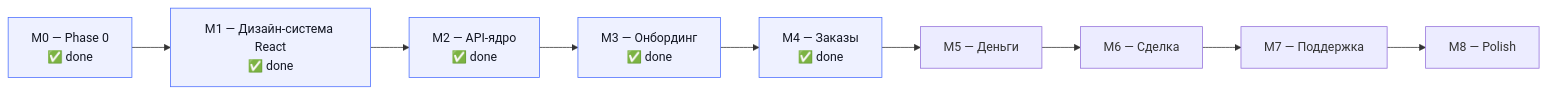
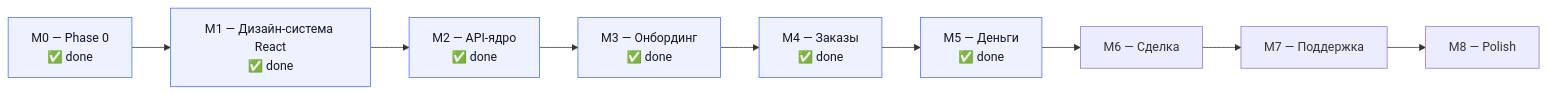
One commit to koishybek/zovu changed the diagram in docs/10-status.md. Above: the diagram before and after it, drawn with Mermaid. The commit also changed other lines of this file and 17 other files, not shown here.

````diff
--- a/docs/10-status.md
+++ b/docs/10-status.md
@@ -27,16 +27,17 @@
 ```mermaid
 flowchart LR
     M0["M0 — Phase 0<br/>✅ done"] --> M1["M1 — Дизайн-система React<br/>✅ done"]
     M1 --> M2["M2 — API-ядро<br/>✅ done"]
     M2 --> M3["M3 — Онбординг<br/>✅ done"]
     M3 --> M4["M4 — Заказы<br/>✅ done"]
-    M4 --> M5["M5 — Деньги"]
+    M4 --> M5["M5 — Деньги<br/>✅ done"]
     M5 --> M6["M6 — Сделка"]
     M6 --> M7["M7 — Поддержка"]
     M7 --> M8["M8 — Polish"]
     style M0 fill:#EEF1FF,stroke:#4C6FFF,color:#141824
     style M1 fill:#EEF1FF,stroke:#4C6FFF,color:#141824
     style M2 fill:#EEF1FF,stroke:#4C6FFF,color:#141824
     style M3 fill:#EEF1FF,stroke:#4C6FFF,color:#141824
     style M4 fill:#EEF1FF,stroke:#4C6FFF,color:#141824
+    style M5 fill:#EEF1FF,stroke:#4C6FFF,color:#141824
 ```
````
